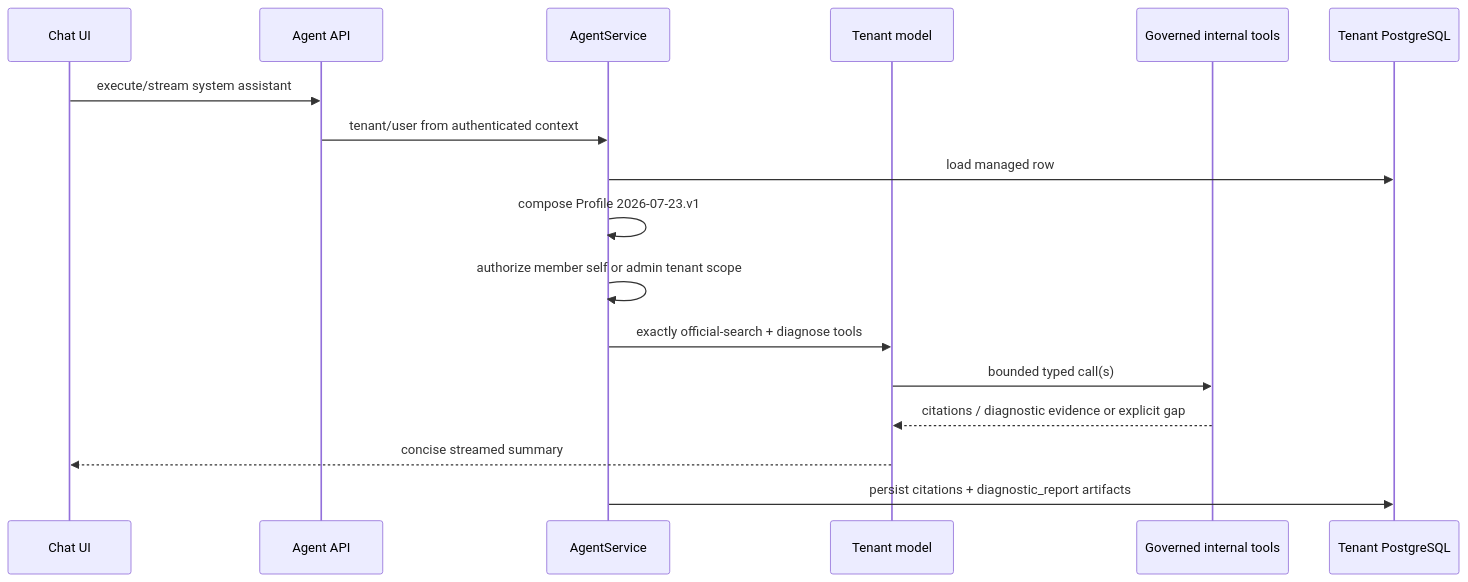
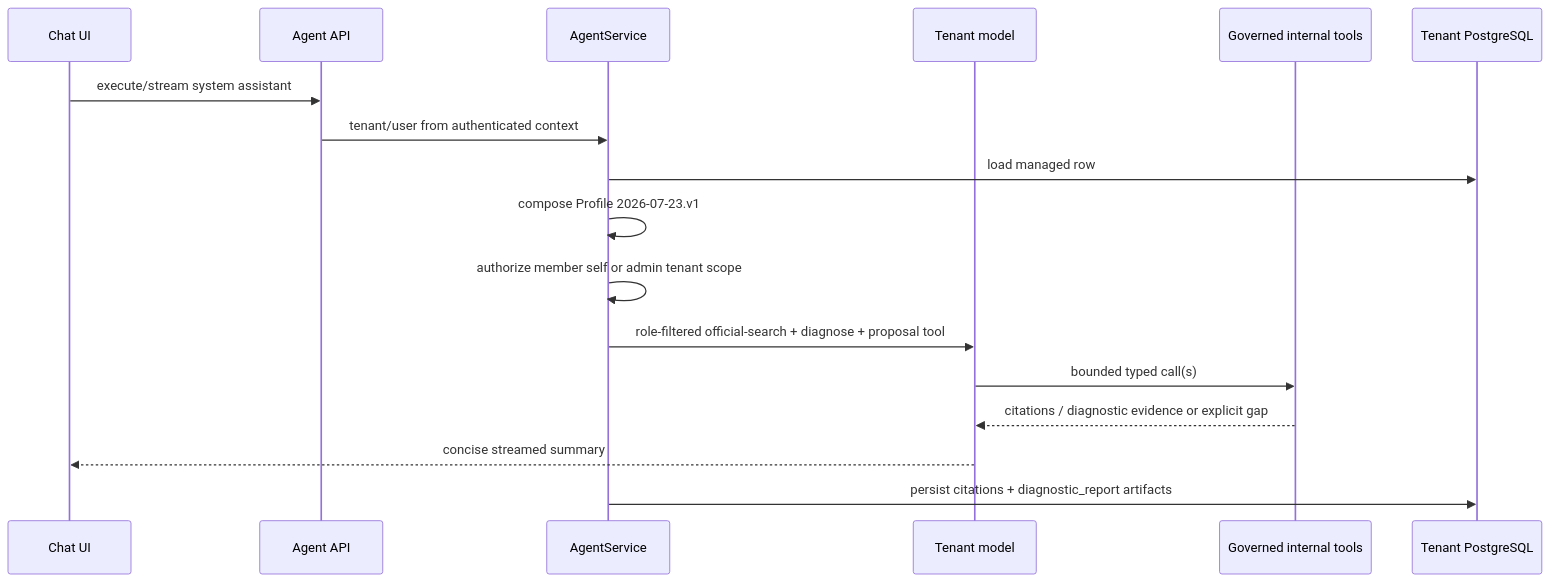
One commit to ArchChuan/Stratum changed the first of 4 diagrams in docs/agent/agent-chat-flow.md. Above: the diagram before and after it, drawn with Mermaid. The commit also changed other lines of this file and 4 other files, not shown here.

````diff
--- a/docs/agent/agent-chat-flow.md
+++ b/docs/agent/agent-chat-flow.md
@@ -13,19 +13,19 @@
 ```mermaid
 sequenceDiagram
     participant UI as Chat UI
     participant API as Agent API
     participant Service as AgentService
     participant LLM as Tenant model
     participant Tools as Governed internal tools
     participant DB as Tenant PostgreSQL
     UI->>API: execute/stream system assistant
     API->>Service: tenant/user from authenticated context
     Service->>DB: load managed row
     Service->>Service: compose Profile 2026-07-23.v1
     Service->>Service: authorize member self or admin tenant scope
-    Service->>LLM: exactly official-search + diagnose tools
+    Service->>LLM: role-filtered official-search + diagnose + proposal tool
     LLM->>Tools: bounded typed call(s)
     Tools-->>LLM: citations / diagnostic evidence or explicit gap
     LLM-->>UI: concise streamed summary
     Service->>DB: persist citations + diagnostic_report artifacts
 ```
````
